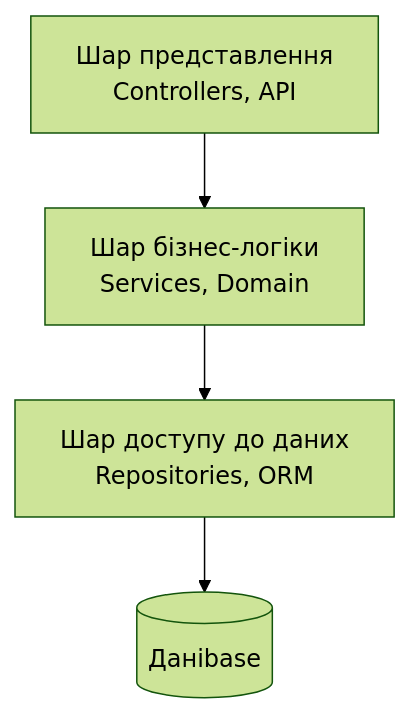
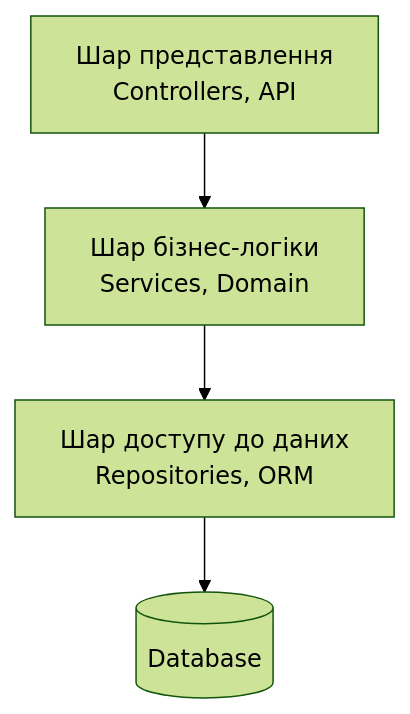
One commit to olroi421/course-tprmr changed the fourth of 5 diagrams in presentation-01.md. Above: the diagram before and after it, drawn with Mermaid (forest theme). The commit also changed other lines of this file and 2 other files, not shown here.

````diff
--- a/presentation-01.md
+++ b/presentation-01.md
@@ -705,6 +636,6 @@
 ```mermaid
 graph TD
     A[Шар представлення<br/>Controllers, API] --> B[Шар бізнес-логіки<br/>Services, Domain]
     B --> C[Шар доступу до даних<br/>Repositories, ORM]
-    C --> D[(Даніbase)]
+    C --> D[(Database)]
 ```
````
